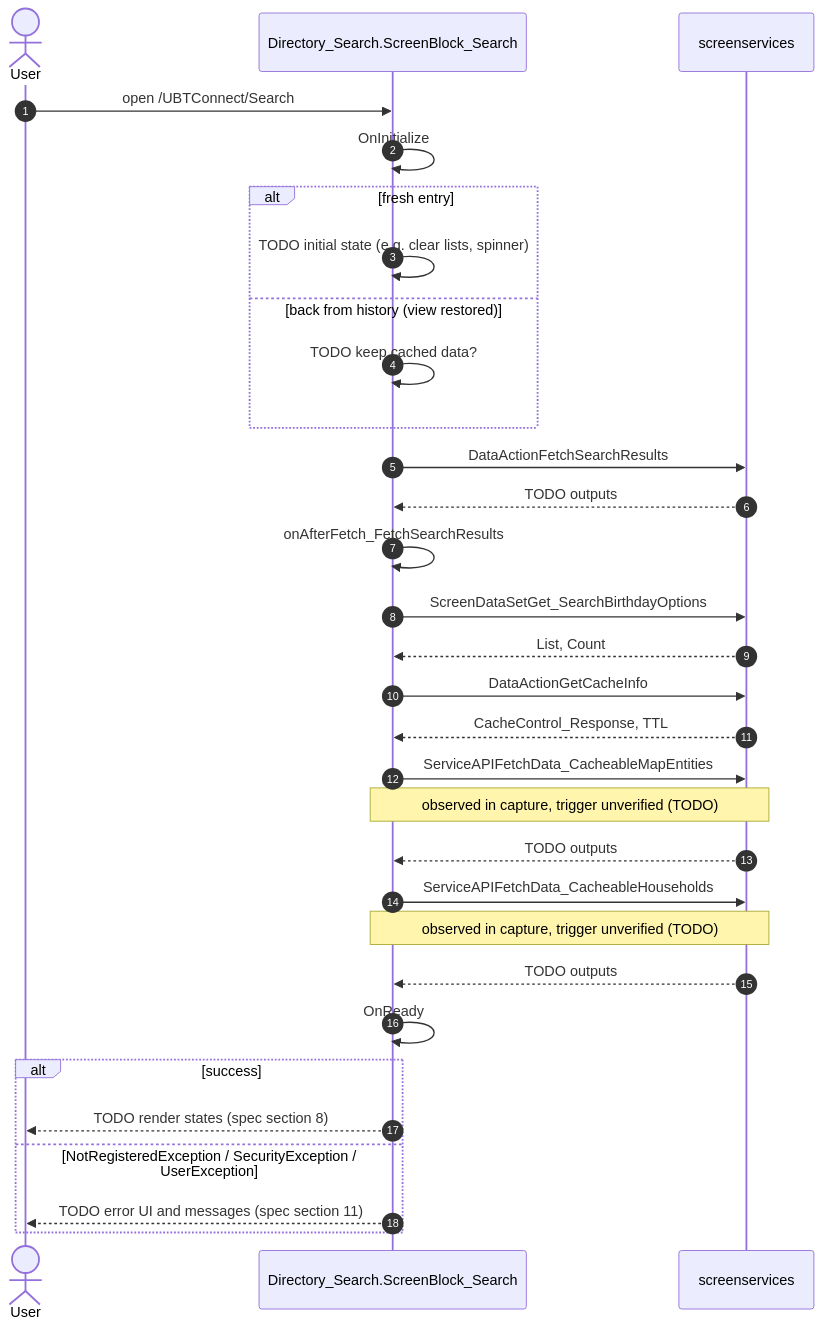
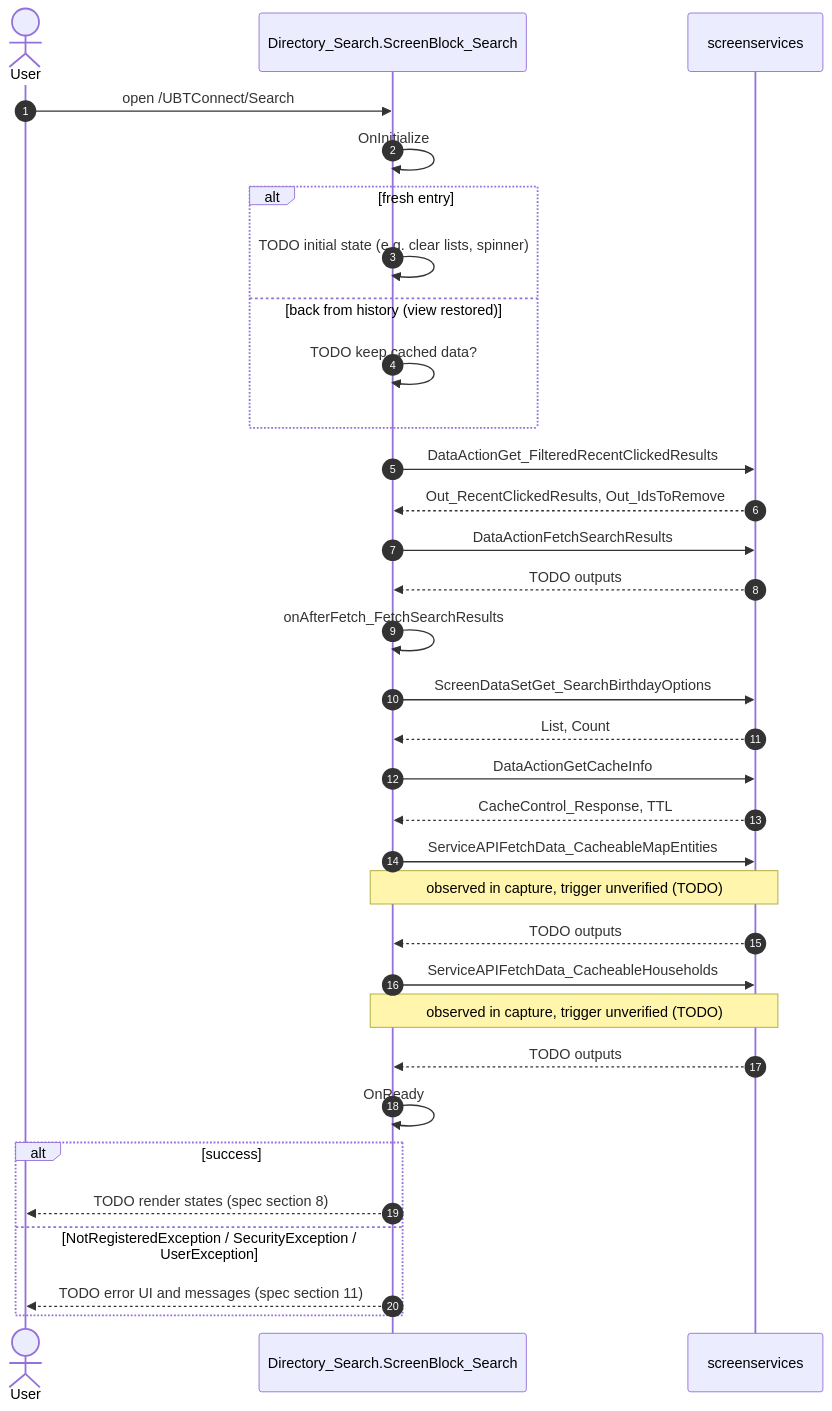
One commit to Phoenix-DX/connect-new-ui changed the second of 6 diagrams in migration/screens/Search/analysis/diagrams.md. Above: the diagram before and after it, drawn with Mermaid. The commit also changed other lines of this file and 2084 other files, not shown here.

````diff
--- a/migration/screens/Search/analysis/diagrams.md
+++ b/migration/screens/Search/analysis/diagrams.md
@@ -84,34 +86,36 @@
 ```mermaid
 %% DRAFT generated by analyze_capture.py. Fill every TODO from the handlers in sources/pretty.
 sequenceDiagram
   autonumber
   actor U as User
   participant S as Directory_Search.ScreenBlock_Search
   participant API as screenservices
   U->>S: open /UBTConnect/Search
   S->>S: OnInitialize
   alt fresh entry
     S->>S: TODO initial state (e.g. clear lists, spinner)
   else back from history (view restored)
     S->>S: TODO keep cached data?
   end
+  S->>API: DataActionGet_FilteredRecentClickedResults
+  API-->>S: Out_RecentClickedResults, Out_IdsToRemove
   S->>API: DataActionFetchSearchResults
   API-->>S: TODO outputs
   S->>S: onAfterFetch_FetchSearchResults
   S->>API: ScreenDataSetGet_SearchBirthdayOptions
   API-->>S: List, Count
   S->>API: DataActionGetCacheInfo
   API-->>S: CacheControl_Response, TTL
   S->>API: ServiceAPIFetchData_CacheableMapEntities
   Note over S,API: observed in capture, trigger unverified (TODO)
   API-->>S: TODO outputs
   S->>API: ServiceAPIFetchData_CacheableHouseholds
   Note over S,API: observed in capture, trigger unverified (TODO)
   API-->>S: TODO outputs
   S->>S: OnReady
   alt success
     S-->>U: TODO render states (spec section 8)
   else NotRegisteredException / SecurityException / UserException
     S-->>U: TODO error UI and messages (spec section 11)
   end
 ```
````
